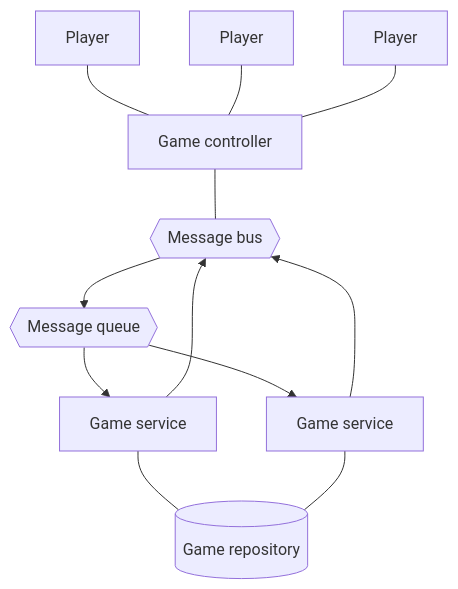
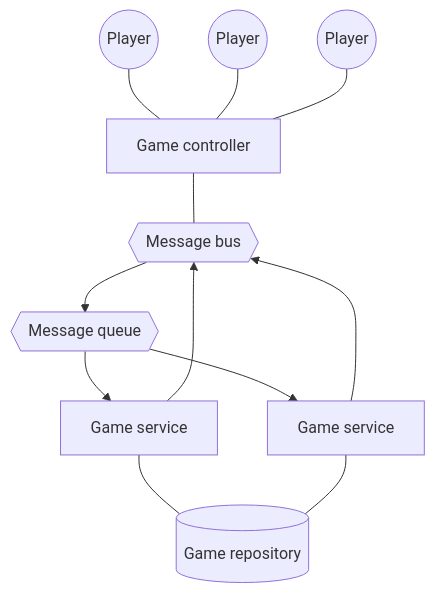
One commit to epifab/bastoni changed the first of 3 diagrams in README.md. Above: the diagram before and after it, drawn with Mermaid. The commit also changed other lines of this file and 4 other files, not shown here.

````diff
--- a/README.md
+++ b/README.md
@@ -43,24 +43,24 @@
 ```mermaid
 flowchart TD
-    frontend1[Player]
-    frontend2[Player]
-    frontend3[Player]
+    frontend1((Player))
+    frontend2((Player))
+    frontend3((Player))
     controller[Game controller]
     bus{{Message bus}}
     queue{{Message queue}}
     service1[Game service]
     service2[Game service]
     db[(Game repository)]
 
     frontend1---controller
     frontend2---controller
     frontend3---controller
     controller---bus
     bus-->queue
     service1-->bus
     service2-->bus
     queue-->service1
     queue-->service2
     service1---db
     service2---db
 ```
````
